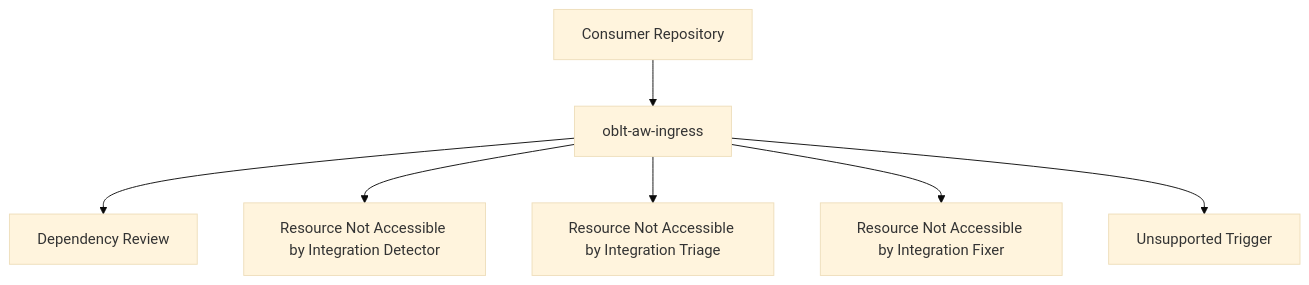
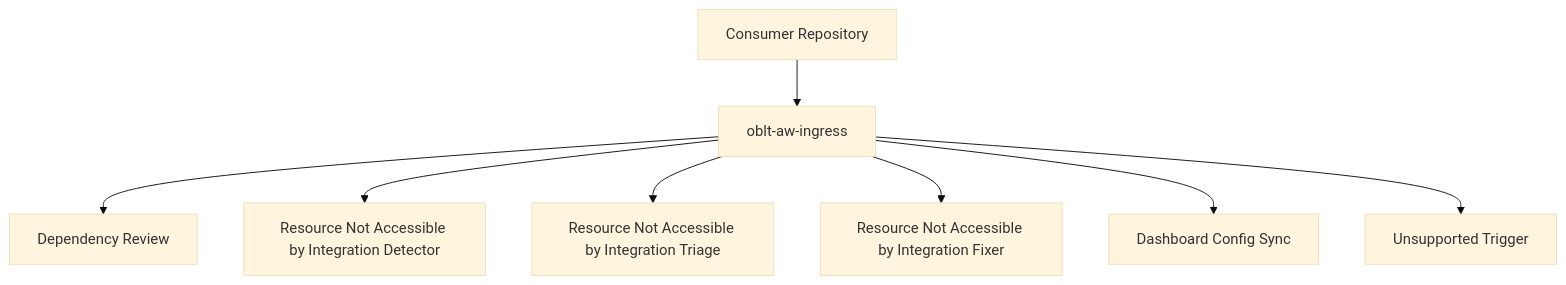
Before and after one commit to elastic/oblt-aw: the diagram in docs/architecture/overview.md, drawn with Mermaid (base theme). The commit also changed other lines of this file and 9 other files, not shown here.

````diff
--- a/docs/architecture/overview.md
+++ b/docs/architecture/overview.md
@@ -40,9 +73,10 @@
 ```mermaid
 flowchart TD
   A[Consumer Repository] --> B[oblt-aw-ingress]
   B --> C[Dependency Review]
   B --> D[Resource Not Accessible by Integration Detector]
   B --> E[Resource Not Accessible by Integration Triage]
   B --> F[Resource Not Accessible by Integration Fixer]
+  B --> G[Dashboard Config Sync]
   B --> X[Unsupported Trigger]
 ```
````
